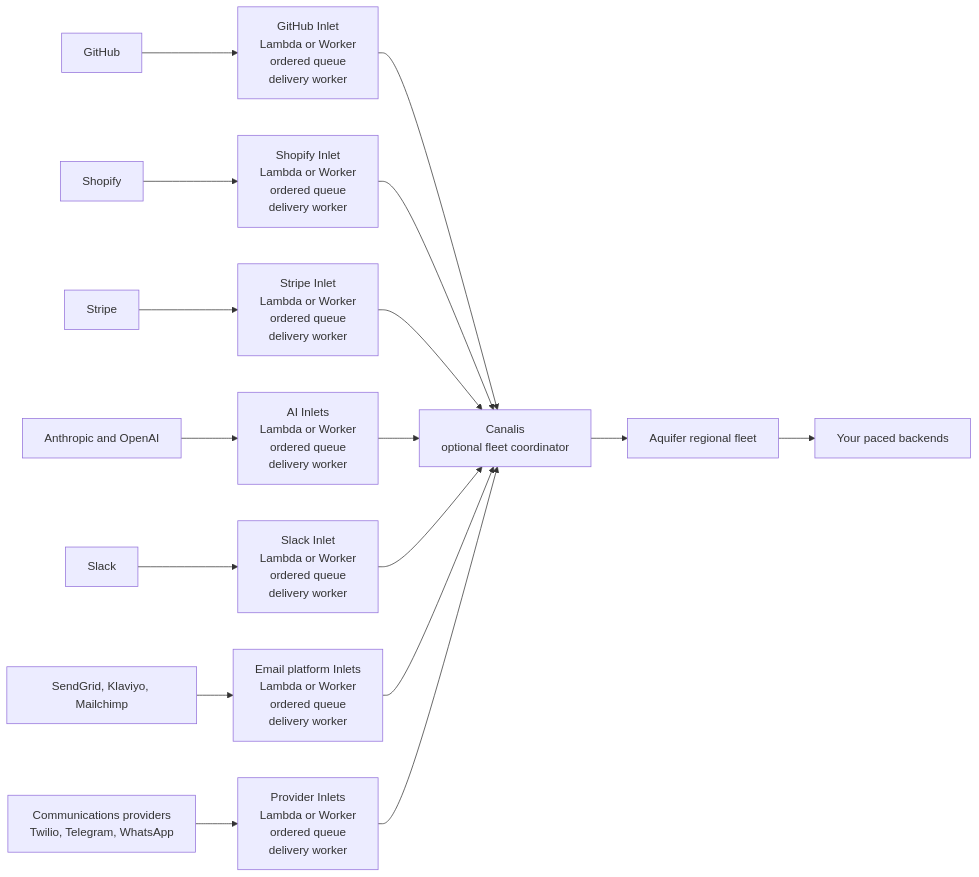
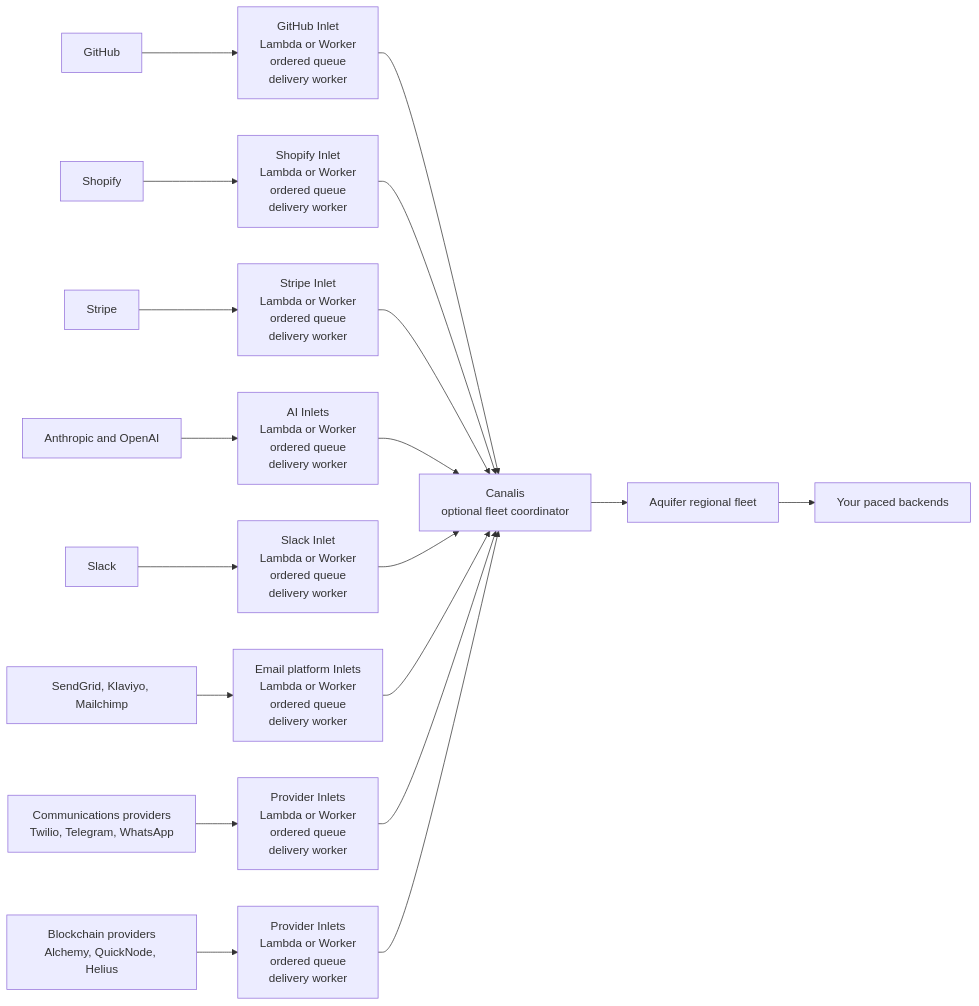
Before and after one commit to rjpruitt16/inlet: the diagram in README.md, drawn with Mermaid. The commit also changed other lines of this file and 9 other files, not shown here.

First line of the commit message:
Add Alchemy, QuickNode, and Helius webhooks (#4)

````diff
--- a/README.md
+++ b/README.md
@@ -34,20 +37,22 @@
 ```mermaid
 flowchart LR
     GH[GitHub] --> GHI[GitHub Inlet<br/>Lambda or Worker<br/>ordered queue<br/>delivery worker]
     SH[Shopify] --> SHI[Shopify Inlet<br/>Lambda or Worker<br/>ordered queue<br/>delivery worker]
     ST[Stripe] --> STI[Stripe Inlet<br/>Lambda or Worker<br/>ordered queue<br/>delivery worker]
     AI[Anthropic and OpenAI] --> AII[AI Inlets<br/>Lambda or Worker<br/>ordered queue<br/>delivery worker]
     SL[Slack] --> SLI[Slack Inlet<br/>Lambda or Worker<br/>ordered queue<br/>delivery worker]
     EM[SendGrid, Klaviyo, Mailchimp] --> EMI[Email platform Inlets<br/>Lambda or Worker<br/>ordered queue<br/>delivery worker]
     CO[Communications providers<br/>Twilio, Telegram, WhatsApp] --> COI[Provider Inlets<br/>Lambda or Worker<br/>ordered queue<br/>delivery worker]
+    BC[Blockchain providers<br/>Alchemy, QuickNode, Helius] --> BCI[Provider Inlets<br/>Lambda or Worker<br/>ordered queue<br/>delivery worker]
 
     GHI --> CA[Canalis<br/>optional fleet coordinator]
     SHI --> CA
     STI --> CA
     AII --> CA
     SLI --> CA
     EMI --> CA
     COI --> CA
+    BCI --> CA
     CA --> AQ[Aquifer regional fleet]
     AQ --> BE[Your paced backends]
 ```
````
